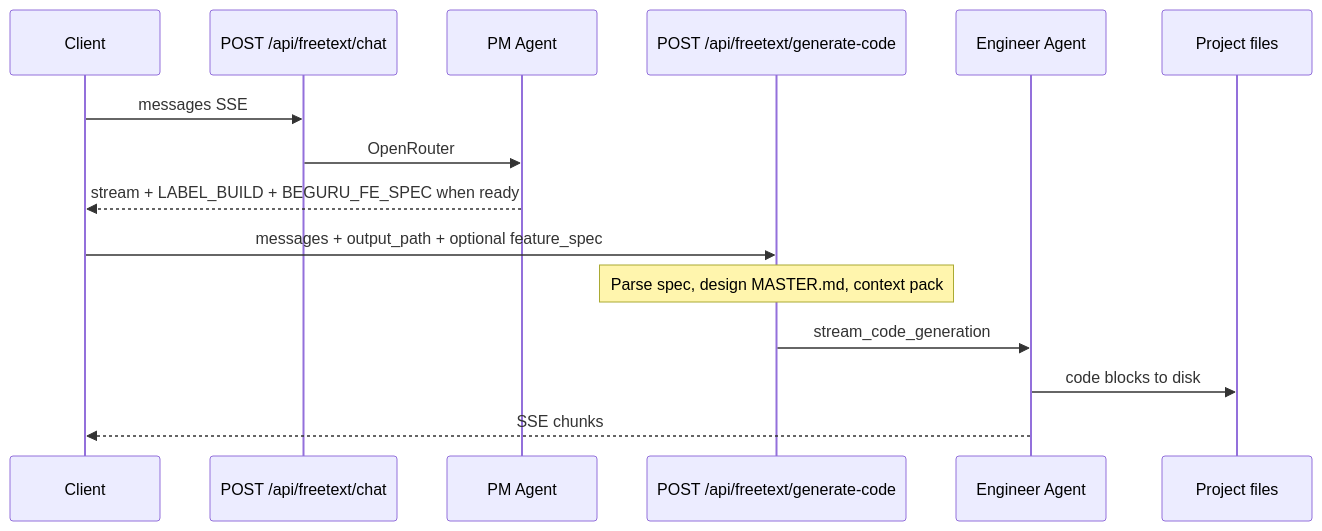
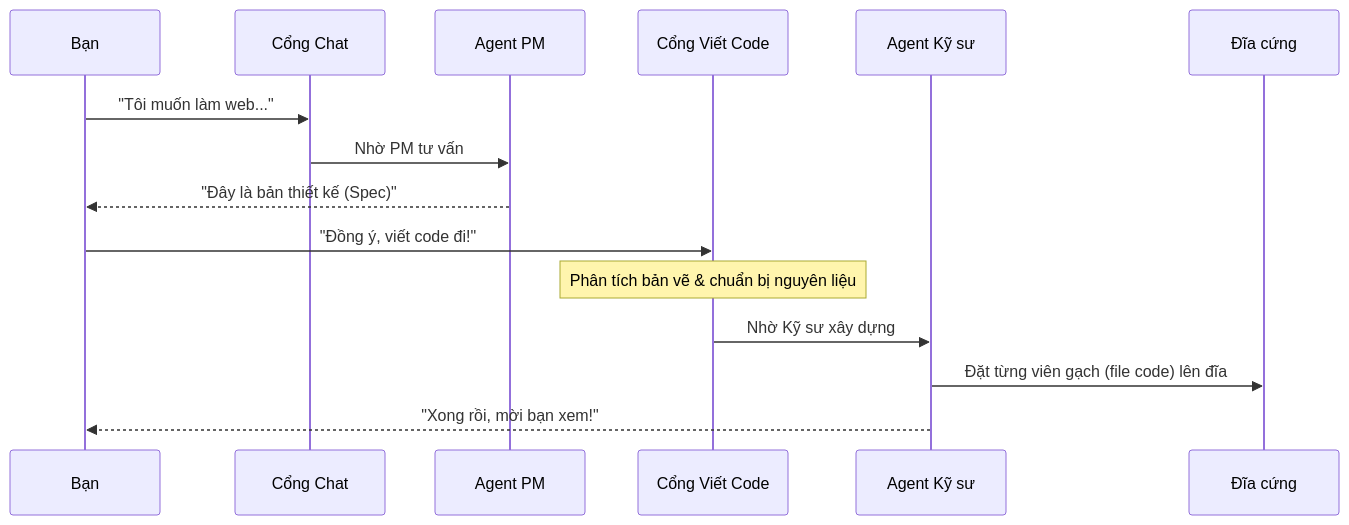
One commit to charlieviettq/charlieviettq.github.io changed the second of 3 diagrams in content/posts/beguru-ai-case-study-runtime-fastapi-agentos.md. Above: the diagram before and after it, drawn with Mermaid. The commit also changed other lines of this file and 11 other files, not shown here.

````diff
--- a/content/posts/beguru-ai-case-study-runtime-fastapi-agentos.md
+++ b/content/posts/beguru-ai-case-study-runtime-fastapi-agentos.md
@@ -79,18 +78,18 @@
 ```mermaid
 sequenceDiagram
-  participant C as Client
-  participant Chat as POST /api/freetext/chat
-  participant PM as PM Agent
-  participant Gen as POST /api/freetext/generate-code
-  participant EN as Engineer Agent
-  participant FS as Project files
+  participant Bạn
+  participant API as Cổng Chat
+  participant PM as Agent PM
+  participant Gen as Cổng Viết Code
+  participant EN as Agent Kỹ sư
+  participant FS as Đĩa cứng
 
-  C->>Chat: messages SSE
-  Chat->>PM: OpenRouter
-  PM-->>C: stream + LABEL_BUILD + BEGURU_FE_SPEC when ready
-  C->>Gen: messages + output_path + optional feature_spec
-  Note over Gen: Parse spec, design MASTER.md, context pack
-  Gen->>EN: stream_code_generation
-  EN->>FS: code blocks to disk
-  EN-->>C: SSE chunks
+  Bạn->>API: "Tôi muốn làm web..."
+  API->>PM: Nhờ PM tư vấn
+  PM-->>Bạn: "Đây là bản thiết kế (Spec)"
+  Bạn->>Gen: "Đồng ý, viết code đi!"
+  Note over Gen: Phân tích bản vẽ & chuẩn bị nguyên liệu
+  Gen->>EN: Nhờ Kỹ sư xây dựng
+  EN->>FS: Đặt từng viên gạch (file code) lên đĩa
+  EN-->>Bạn: "Xong rồi, mời bạn xem!"
 ```
````
